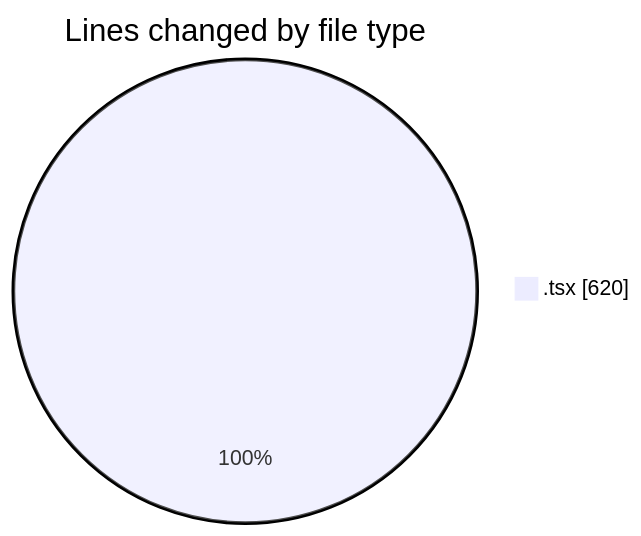
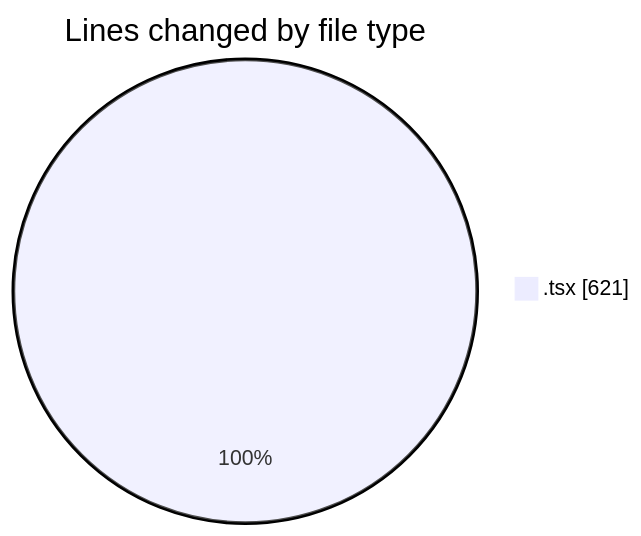
One commit to JenPaints/code-tracking changed the first of 2 diagrams in 2025-05-28/kimberly-groups/README.md. Above: the diagram before and after it, drawn with Mermaid. The commit also changed other lines of this file and 1 other file, not shown here.

````diff
--- a/2025-05-28/kimberly-groups/README.md
+++ b/2025-05-28/kimberly-groups/README.md
@@ -24,5 +24,5 @@
 ```mermaid
 pie showData
 title Lines changed by file type
-".tsx" : 620
+".tsx" : 621
 ```
````
